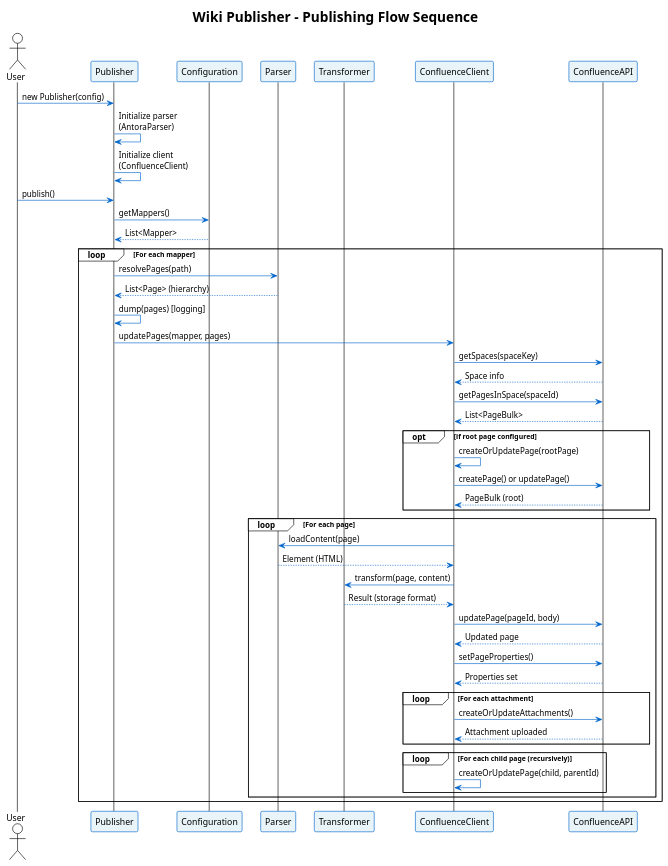
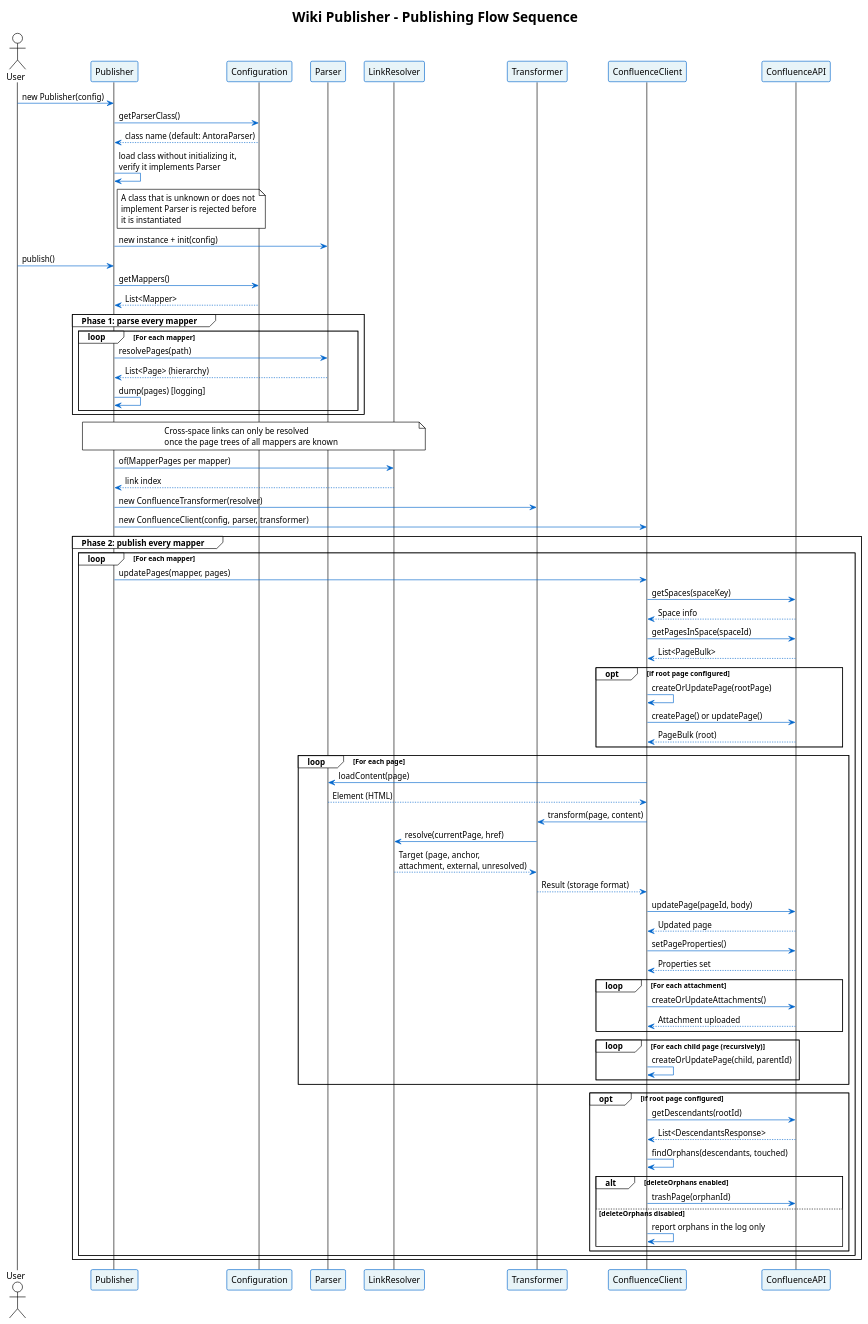
One commit to huber-and/atlassian-tools changed the diagram in wiki-publisher/src/main/docs/plantuml/sequence_diagram.puml. Above: the diagram before and after it, drawn with PlantUML. The commit also changed 8 other files, not shown here.

```diff
--- a/wiki-publisher/src/main/docs/plantuml/sequence_diagram.puml
+++ b/wiki-publisher/src/main/docs/plantuml/sequence_diagram.puml
@@ -1,69 +1,106 @@
 @startuml sequence_diagram
 !theme plain
 title Wiki Publisher - Publishing Flow Sequence
 
 skinparam sequenceArrowColor #0066CC
 skinparam participantBackgroundColor #E8F4F8
 skinparam participantBorderColor #0066CC
 
 actor User
 participant Publisher
 participant Configuration
 participant Parser
+participant LinkResolver
 participant Transformer
 participant ConfluenceClient
 participant ConfluenceAPI
 
 User -> Publisher: new Publisher(config)
-Publisher -> Publisher: Initialize parser\n(AntoraParser)
-Publisher -> Publisher: Initialize client\n(ConfluenceClient)
+Publisher -> Configuration: getParserClass()
+Configuration --> Publisher: class name (default: AntoraParser)
+Publisher -> Publisher: load class without initializing it,\nverify it implements Parser
+note right of Publisher
+  A class that is unknown or does not
+  implement Parser is rejected before
+  it is instantiated
+end note
+Publisher -> Parser: new instance + init(config)
 
 User -> Publisher: publish()
 Publisher -> Configuration: getMappers()
 Configuration --> Publisher: List<Mapper>
 
+group Phase 1: parse every mapper
+  loop For each mapper
+    Publisher -> Parser: resolvePages(path)
+    Parser --> Publisher: List<Page> (hierarchy)
+
+    Publisher -> Publisher: dump(pages) [logging]
+  end
+end
+
+note over Publisher, LinkResolver
+  Cross-space links can only be resolved
+  once the page trees of all mappers are known
+end note
+
+Publisher -> LinkResolver: of(MapperPages per mapper)
+LinkResolver --> Publisher: link index
+Publisher -> Transformer: new ConfluenceTransformer(resolver)
+Publisher -> ConfluenceClient: new ConfluenceClient(config, parser, transformer)
+
+group Phase 2: publish every mapper
 loop For each mapper
-  Publisher -> Parser: resolvePages(path)
-  Parser --> Publisher: List<Page> (hierarchy)
-  
-  Publisher -> Publisher: dump(pages) [logging]
-  
   Publisher -> ConfluenceClient: updatePages(mapper, pages)
-  
+
   ConfluenceClient -> ConfluenceAPI: getSpaces(spaceKey)
   ConfluenceAPI --> ConfluenceClient: Space info
   
   ConfluenceClient -> ConfluenceAPI: getPagesInSpace(spaceId)
   ConfluenceAPI --> ConfluenceClient: List<PageBulk>
   
   opt if root page configured
     ConfluenceClient -> ConfluenceClient: createOrUpdatePage(rootPage)
     ConfluenceClient -> ConfluenceAPI: createPage() or updatePage()
     ConfluenceAPI --> ConfluenceClient: PageBulk (root)
   end
   
   loop For each page
     ConfluenceClient -> Parser: loadContent(page)
     Parser --> ConfluenceClient: Element (HTML)
-    
+
     ConfluenceClient -> Transformer: transform(page, content)
+    Transformer -> LinkResolver: resolve(currentPage, href)
+    LinkResolver --> Transformer: Target (page, anchor,\nattachment, external, unresolved)
     Transformer --> ConfluenceClient: Result (storage format)
-    
+
     ConfluenceClient -> ConfluenceAPI: updatePage(pageId, body)
     ConfluenceAPI --> ConfluenceClient: Updated page
     
     ConfluenceClient -> ConfluenceAPI: setPageProperties()
     ConfluenceAPI --> ConfluenceClient: Properties set
     
     loop For each attachment
       ConfluenceClient -> ConfluenceAPI: createOrUpdateAttachments()
       ConfluenceAPI --> ConfluenceClient: Attachment uploaded
     end
     
     loop For each child page (recursively)
       ConfluenceClient -> ConfluenceClient: createOrUpdatePage(child, parentId)
     end
   end
+
+  opt if root page configured
+    ConfluenceClient -> ConfluenceAPI: getDescendants(rootId)
+    ConfluenceAPI --> ConfluenceClient: List<DescendantsResponse>
+    ConfluenceClient -> ConfluenceClient: findOrphans(descendants, touched)
+    alt deleteOrphans enabled
+      ConfluenceClient -> ConfluenceAPI: trashPage(orphanId)
+    else deleteOrphans disabled
+      ConfluenceClient -> ConfluenceClient: report orphans in the log only
+    end
+  end
+end
 end
 
 @enduml
```
